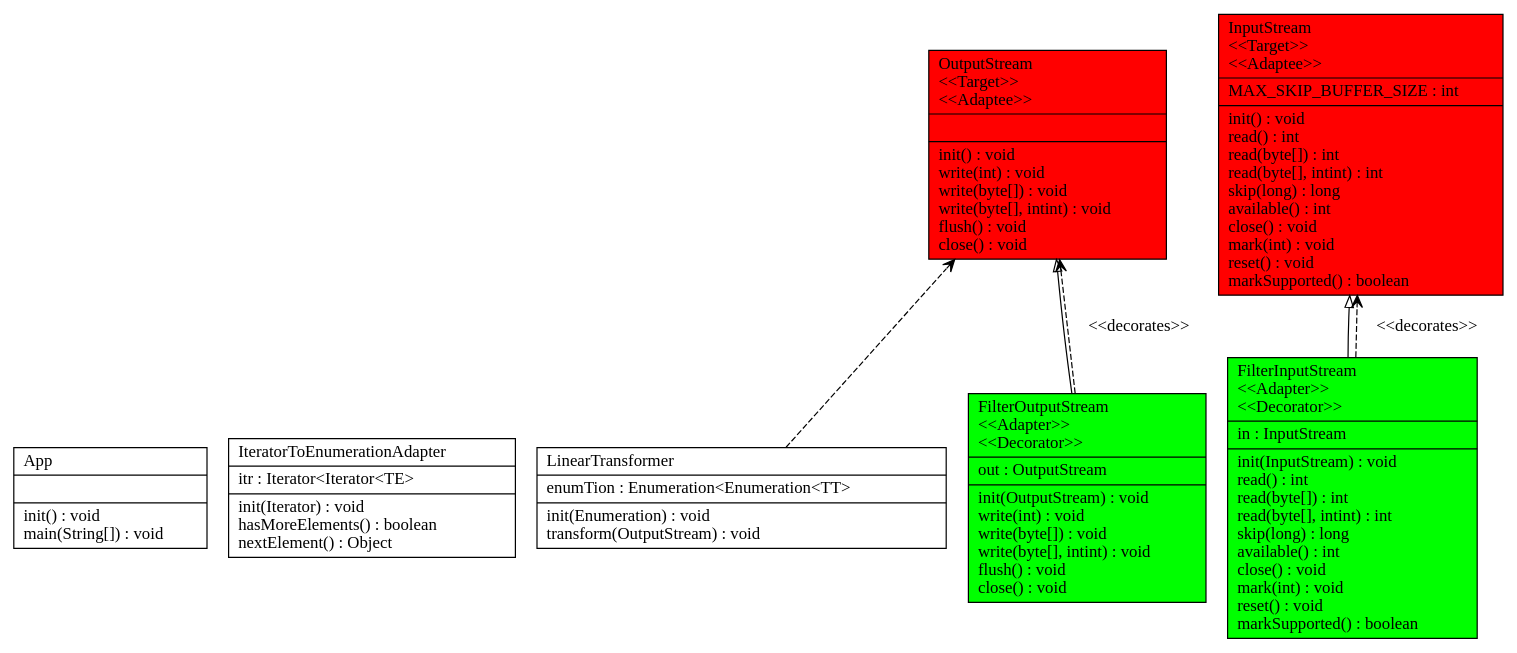
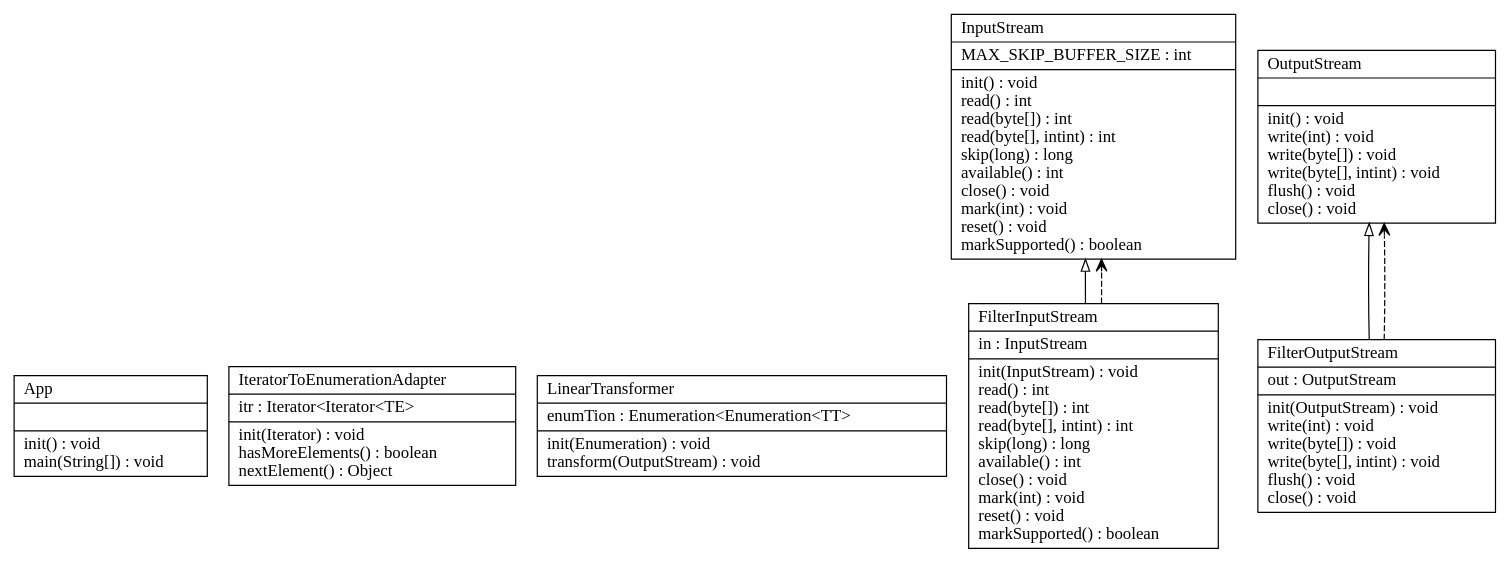
The diagram in input_output/testM5.dot (chinchalupa/CSSE374-Project), drawn with Graphviz before and after one commit. The commit also changed 194 other files, not shown here.

```diff
--- a/input_output/testM5.dot
+++ b/input_output/testM5.dot
@@ -1,31 +1,40 @@
 digraph G {
 
 fontname = "Bitstream Vera Sans"
 fontsize = 8
 rankdir=BT
 
 node [shape = "record" color = "#000000" fillcolor = "#000000" style=""]
+
 ClassTApp [label = "{App\l||init() : void\lmain(String[]) : void\l}"]
 node [shape = "record" color = "#000000" fillcolor = "#000000" style=""]
+
 ClassTIteratorToEnumerationAdapter [label = "{IteratorToEnumerationAdapter\l|itr : Iterator\<Iterator\<TE\>\l|init(Iterator) : void\lhasMoreElements() : boolean\lnextElement() : Object\l}"]
 node [shape = "record" color = "#000000" fillcolor = "#000000" style=""]
+
 ClassTLinearTransformer [label = "{LinearTransformer\l|enumTion : Enumeration\<Enumeration\<TT\>\l|init(Enumeration) : void\ltransform(OutputStream) : void\l}"]
-node [shape = "record" color = "#000000" fillcolor = "#00ff00" style="filled"]
-ClassTFilterInputStream [label = "{FilterInputStream\l\<\<Adapter\>\>\l\<\<Decorator\>\>\l|in : InputStream\l|init(InputStream) : void\lread() : int\lread(byte[]) : int\lread(byte[], intint) : int\lskip(long) : long\lavailable() : int\lclose() : void\lmark(int) : void\lreset() : void\lmarkSupported() : boolean\l}"]
-node [shape = "record" color = "#000000" fillcolor = "#00ff00" style="filled"]
-ClassTFilterOutputStream [label = "{FilterOutputStream\l\<\<Adapter\>\>\l\<\<Decorator\>\>\l|out : OutputStream\l|init(OutputStream) : void\lwrite(int) : void\lwrite(byte[]) : void\lwrite(byte[], intint) : void\lflush() : void\lclose() : void\l}"]
-node [shape = "record" color = "#000000" fillcolor = "#ff0000" style="filled"]
-ClassTInputStream [label = "{InputStream\l\<\<Target\>\>\l\<\<Adaptee\>\>\l|MAX_SKIP_BUFFER_SIZE : int\l|init() : void\lread() : int\lread(byte[]) : int\lread(byte[], intint) : int\lskip(long) : long\lavailable() : int\lclose() : void\lmark(int) : void\lreset() : void\lmarkSupported() : boolean\l}"]
-node [shape = "record" color = "#000000" fillcolor = "#ff0000" style="filled"]
-ClassTOutputStream [label = "{OutputStream\l\<\<Target\>\>\l\<\<Adaptee\>\>\l||init() : void\lwrite(int) : void\lwrite(byte[]) : void\lwrite(byte[], intint) : void\lflush() : void\lclose() : void\l}"]
+node [shape = "record" color = "#000000" fillcolor = "#000000" style=""]
+
+ClassTFilterInputStream [label = "{FilterInputStream\l|in : InputStream\l|init(InputStream) : void\lread() : int\lread(byte[]) : int\lread(byte[], intint) : int\lskip(long) : long\lavailable() : int\lclose() : void\lmark(int) : void\lreset() : void\lmarkSupported() : boolean\l}"]
+node [shape = "record" color = "#000000" fillcolor = "#000000" style=""]
+
+ClassTFilterOutputStream [label = "{FilterOutputStream\l|out : OutputStream\l|init(OutputStream) : void\lwrite(int) : void\lwrite(byte[]) : void\lwrite(byte[], intint) : void\lflush() : void\lclose() : void\l}"]
+node [shape = "record" color = "#000000" fillcolor = "#000000" style=""]
+
+ClassTInputStream [label = "{InputStream\l|MAX_SKIP_BUFFER_SIZE : int\l|init() : void\lread() : int\lread(byte[]) : int\lread(byte[], intint) : int\lskip(long) : long\lavailable() : int\lclose() : void\lmark(int) : void\lreset() : void\lmarkSupported() : boolean\l}"]
+node [shape = "record" color = "#000000" fillcolor = "#000000" style=""]
+
+ClassTOutputStream [label = "{OutputStream\l||init() : void\lwrite(int) : void\lwrite(byte[]) : void\lwrite(byte[], intint) : void\lflush() : void\lclose() : void\l}"]
+edge [arrowhead = "onormal" style = "solid" label = ""]
+
+ClassTFilterInputStream -> ClassTInputStream
 edge [arrowhead = "vee" style = "dashed" label = ""]
-ClassTLinearTransformer -> ClassTOutputStream
-edge [arrowhead = "onormal" style = "solid" label = ""]
-ClassTFilterInputStream -> ClassTInputStream
-edge [arrowhead = "vee" style = "dashed" label = "<<decorates>>"]
+
 ClassTFilterInputStream -> ClassTInputStream
 edge [arrowhead = "onormal" style = "solid" label = ""]
+
 ClassTFilterOutputStream -> ClassTOutputStream
-edge [arrowhead = "vee" style = "dashed" label = "<<decorates>>"]
+edge [arrowhead = "vee" style = "dashed" label = ""]
+
 ClassTFilterOutputStream -> ClassTOutputStream
 }
```
